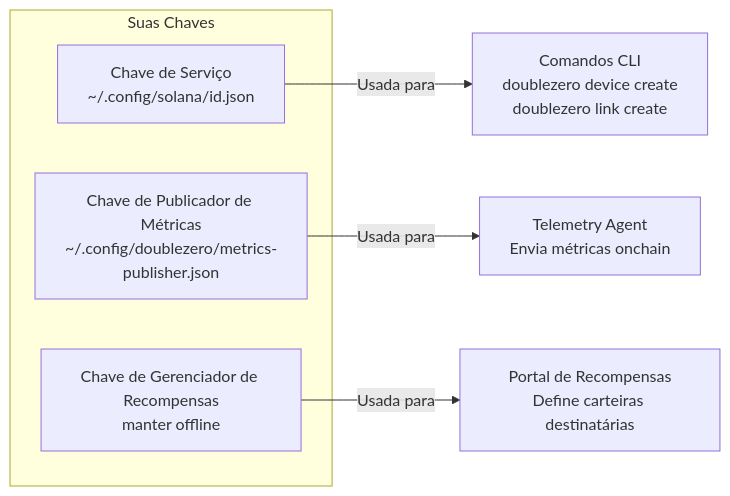
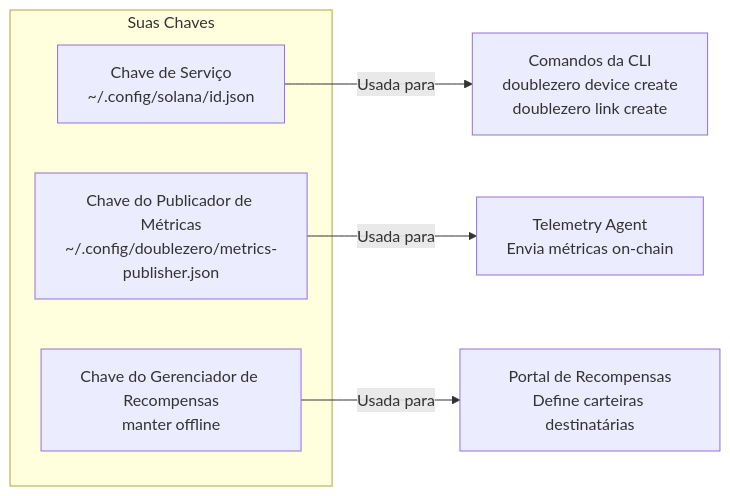
One commit to malbeclabs/docs changed the fourth of 10 diagrams in docs/contribute-provisioning.pt.md. Above: the diagram before and after it, drawn with Mermaid. The commit also changed other lines of this file and 27 other files, not shown here.

````diff
--- a/docs/contribute-provisioning.pt.md
+++ b/docs/contribute-provisioning.pt.md
@@ -208,12 +208,12 @@
 ```mermaid
 flowchart LR
     subgraph "Suas Chaves"
         SK[Chave de Serviço<br/>~/.config/solana/id.json]
-        MK[Chave de Publicador de Métricas<br/>~/.config/doublezero/metrics-publisher.json]
-        RK[Chave de Gerenciador de Recompensas<br/>manter offline]
+        MK[Chave do Publicador de Métricas<br/>~/.config/doublezero/metrics-publisher.json]
+        RK[Chave do Gerenciador de Recompensas<br/>manter offline]
     end
 
-    SK -->|Usada para| CLI[Comandos CLI<br/>doublezero device create<br/>doublezero link create]
-    MK -->|Usada para| TEL[Telemetry Agent<br/>Envia métricas onchain]
+    SK -->|Usada para| CLI[Comandos da CLI<br/>doublezero device create<br/>doublezero link create]
+    MK -->|Usada para| TEL[Telemetry Agent<br/>Envia métricas on-chain]
     RK -->|Usada para| REW[Portal de Recompensas<br/>Define carteiras destinatárias]
 ```
````
